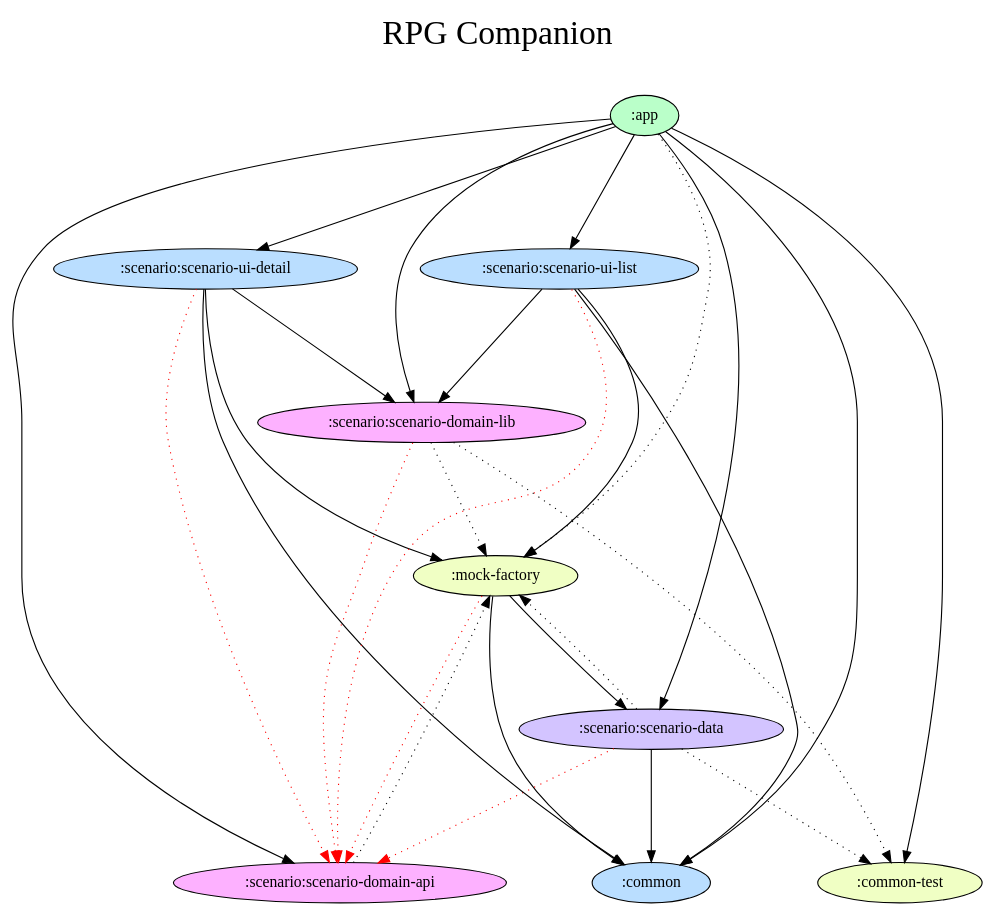
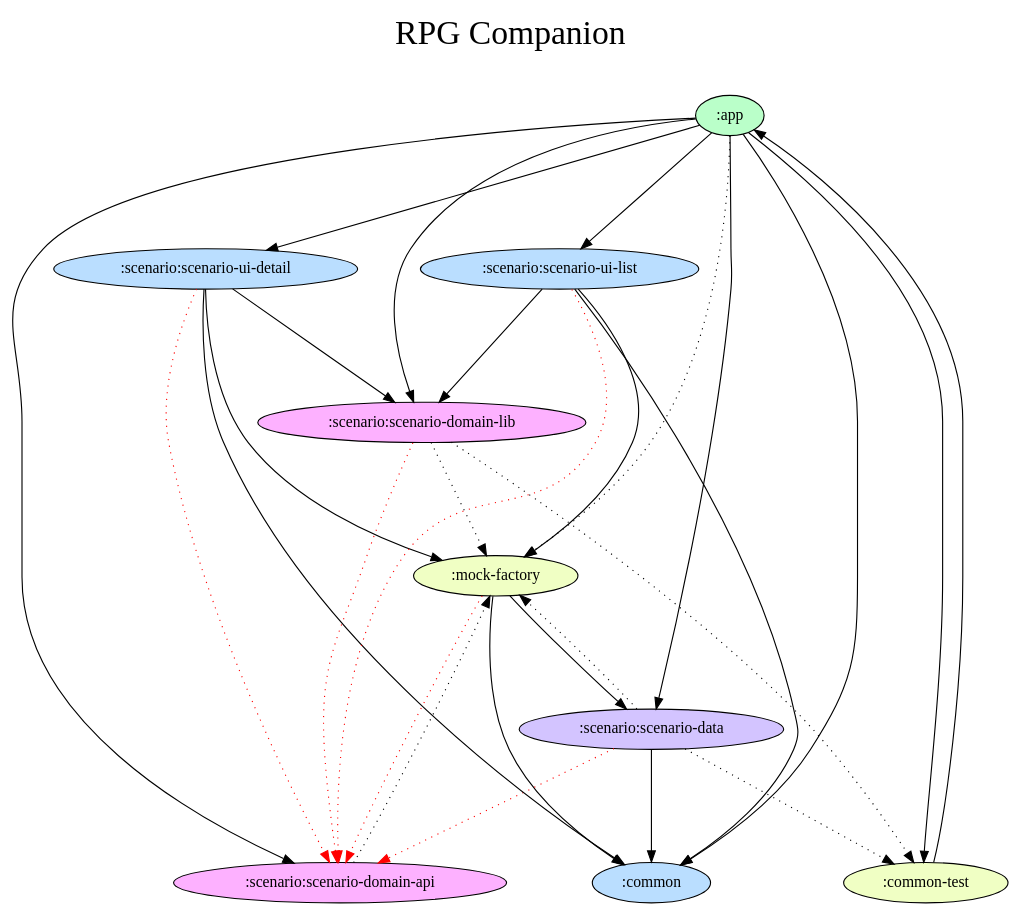
One commit to florentin-v/android-rpg-companion changed the diagram in docs/dependency-graph/project.dot. Above: the diagram before and after it, drawn with Graphviz. The commit also changed 6 other files, not shown here.

```diff
--- a/docs/dependency-graph/project.dot
+++ b/docs/dependency-graph/project.dot
@@ -1,49 +1,50 @@
 digraph {
   graph [label="RPG Companion\n ",labelloc=t,fontsize=30,ranksep=1.4];
   node [style=filled, fillcolor="#bbbbbb"];
   rankdir=TB;
 
   # Projects
 
   ":app" [fillcolor="#baffc9"];
   ":common" [fillcolor="#badeff"];
   ":common-test" [fillcolor="#f0ffc4"];
   ":mock-factory" [fillcolor="#f0ffc4"];
   ":scenario:scenario-data" [fillcolor="#d3c4ff"];
   ":scenario:scenario-domain-api" [fillcolor="#fdb1ff"];
   ":scenario:scenario-domain-lib" [fillcolor="#fdb1ff"];
   ":scenario:scenario-ui-detail" [fillcolor="#badeff"];
   ":scenario:scenario-ui-list" [fillcolor="#badeff"];
 
   {rank = same;}
 
   # Dependencies
 
   ":app" -> ":common" [style=filled, style=filled]
   ":app" -> ":scenario:scenario-data" [style=filled, style=filled]
   ":app" -> ":scenario:scenario-domain-lib" [style=filled, style=filled]
   ":app" -> ":scenario:scenario-ui-detail" [style=filled, style=filled]
   ":app" -> ":scenario:scenario-ui-list" [style=filled, style=filled]
   ":app" -> ":common-test" [style=filled]
   ":app" -> ":scenario:scenario-domain-api" [style=filled]
   ":app" -> ":mock-factory" [style=dotted]
+  ":common-test" -> ":app" [style=filled]
   ":mock-factory" -> ":scenario:scenario-domain-api" [color=red,style=dotted]
   ":mock-factory" -> ":common" [style=filled]
   ":mock-factory" -> ":scenario:scenario-data" [style=filled]
   ":scenario:scenario-domain-api" -> ":mock-factory" [style=dotted]
   ":scenario:scenario-ui-list" -> ":scenario:scenario-domain-api" [color=red,style=dotted]
   ":scenario:scenario-ui-list" -> ":common" [style=filled]
   ":scenario:scenario-ui-list" -> ":mock-factory" [style=filled]
   ":scenario:scenario-ui-list" -> ":scenario:scenario-domain-lib" [style=filled]
   ":scenario:scenario-domain-lib" -> ":scenario:scenario-domain-api" [color=red,style=dotted]
   ":scenario:scenario-domain-lib" -> ":mock-factory" [style=dotted]
   ":scenario:scenario-domain-lib" -> ":common-test" [style=dotted]
   ":scenario:scenario-data" -> ":scenario:scenario-domain-api" [color=red,style=dotted]
   ":scenario:scenario-data" -> ":common" [style=filled]
   ":scenario:scenario-data" -> ":mock-factory" [style=dotted]
   ":scenario:scenario-data" -> ":common-test" [style=dotted]
   ":scenario:scenario-ui-detail" -> ":scenario:scenario-domain-api" [color=red,style=dotted]
   ":scenario:scenario-ui-detail" -> ":common" [style=filled]
   ":scenario:scenario-ui-detail" -> ":mock-factory" [style=filled]
   ":scenario:scenario-ui-detail" -> ":scenario:scenario-domain-lib" [style=filled]
 }
```
